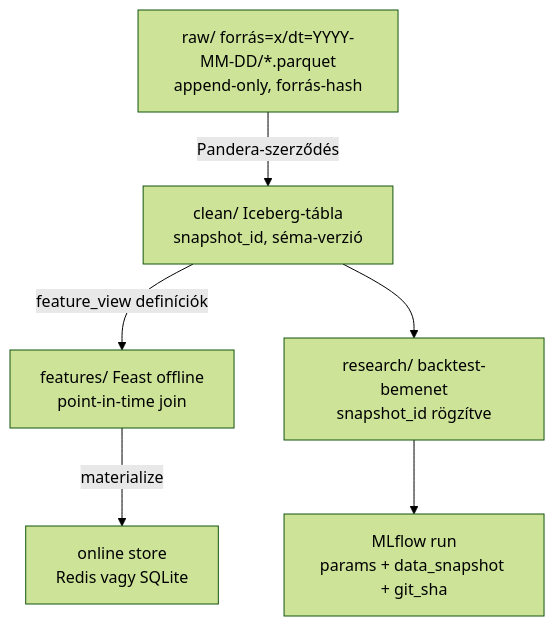
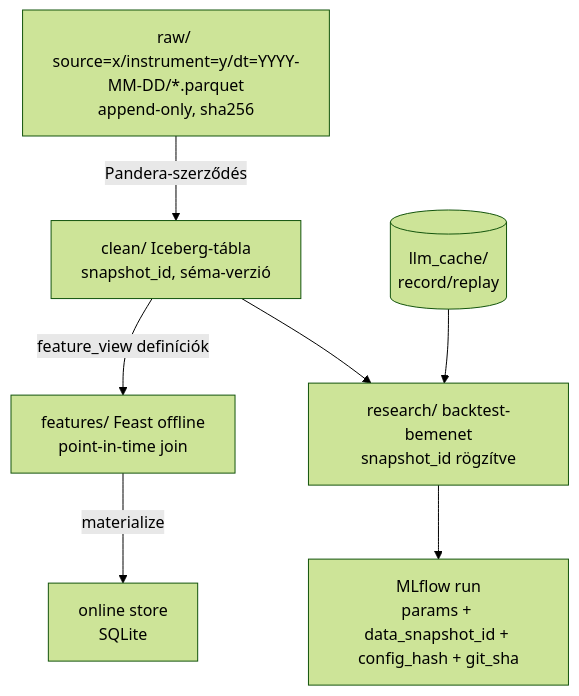
Before and after one commit to scspg/Personal: the second of 10 diagrams in algotrading-archivum/FEJLESZTOI-SPEC.md, drawn with Mermaid (forest theme). The commit also changed other lines of this file and 20 other files, not shown here.

````diff
--- a/algotrading-archivum/FEJLESZTOI-SPEC.md
+++ b/algotrading-archivum/FEJLESZTOI-SPEC.md
@@ -108,8 +182,9 @@
 ```mermaid
 flowchart TB
-  A[raw/ forrás=x/dt=YYYY-MM-DD/*.parquet<br/>append-only, forrás-hash] -->|Pandera-szerződés| B[clean/ Iceberg-tábla<br/>snapshot_id, séma-verzió]
+  A[raw/ source=x/instrument=y/dt=YYYY-MM-DD/*.parquet<br/>append-only, sha256] -->|Pandera-szerződés| B[clean/ Iceberg-tábla<br/>snapshot_id, séma-verzió]
   B -->|feature_view definíciók| C[features/ Feast offline<br/>point-in-time join]
-  C -->|materialize| D[online store<br/>Redis vagy SQLite]
+  C -->|materialize| D[online store<br/>SQLite]
   B --> E[research/ backtest-bemenet<br/>snapshot_id rögzítve]
-  E --> F[MLflow run<br/>params + data_snapshot + git_sha]
+  E --> F[MLflow run<br/>params + data_snapshot_id + config_hash + git_sha]
+  L[(llm_cache/<br/>record/replay)] --> E
 ```
````
